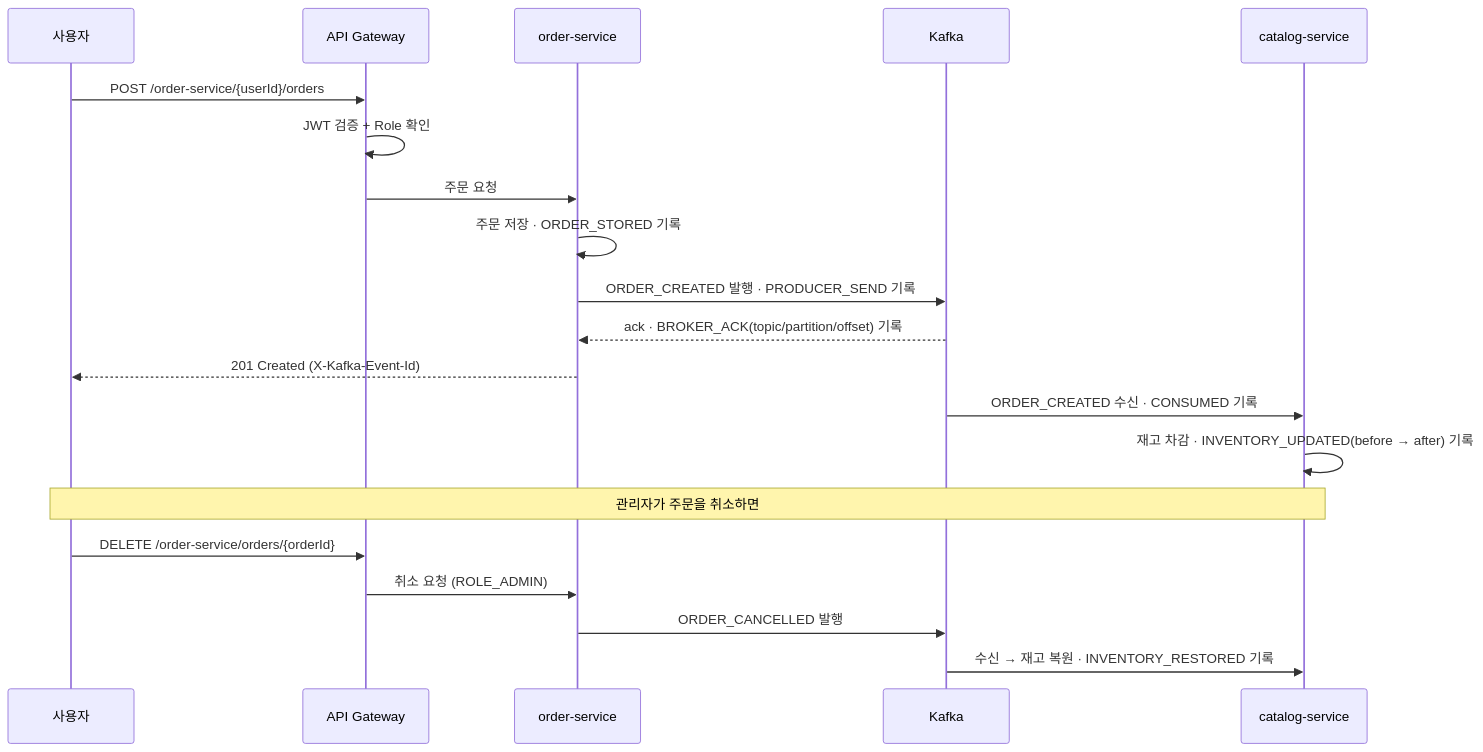
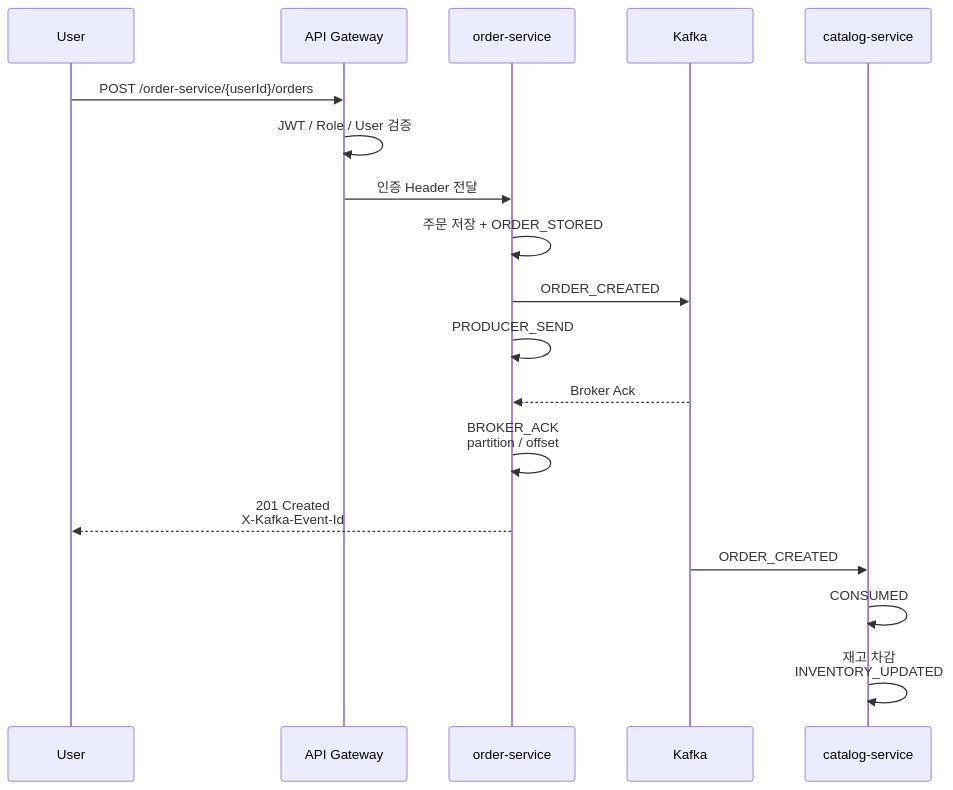
One commit to jooyoungyun/msa-market-platform changed the second of 2 diagrams in README.md. Above: the diagram before and after it, drawn with Mermaid. The commit also changed other lines of this file and 31 other files, not shown here.

````diff
--- a/README.md
+++ b/README.md
@@ -65,24 +113,25 @@
 ```mermaid
 sequenceDiagram
-    participant U as 사용자
+    participant U as User
     participant GW as API Gateway
     participant OS as order-service
     participant K as Kafka
     participant CS as catalog-service
 
     U->>GW: POST /order-service/{userId}/orders
-    GW->>GW: JWT 검증 + Role 확인
-    GW->>OS: 주문 요청
-    OS->>OS: 주문 저장 · ORDER_STORED 기록
-    OS->>K: ORDER_CREATED 발행 · PRODUCER_SEND 기록
-    K-->>OS: ack · BROKER_ACK(topic/partition/offset) 기록
-    OS-->>U: 201 Created (X-Kafka-Event-Id)
-    K->>CS: ORDER_CREATED 수신 · CONSUMED 기록
-    CS->>CS: 재고 차감 · INVENTORY_UPDATED(before → after) 기록
+    GW->>GW: JWT / Role / User 검증
+    GW->>OS: 인증 Header 전달
 
-    Note over U,CS: 관리자가 주문을 취소하면
-    U->>GW: DELETE /order-service/orders/{orderId}
-    GW->>OS: 취소 요청 (ROLE_ADMIN)
-    OS->>K: ORDER_CANCELLED 발행
-    K->>CS: 수신 → 재고 복원 · INVENTORY_RESTORED 기록
+    OS->>OS: 주문 저장 + ORDER_STORED
+    OS->>K: ORDER_CREATED
+    OS->>OS: PRODUCER_SEND
+
+    K-->>OS: Broker Ack
+    OS->>OS: BROKER_ACK<br/>partition / offset
+
+    OS-->>U: 201 Created<br/>X-Kafka-Event-Id
+
+    K->>CS: ORDER_CREATED
+    CS->>CS: CONSUMED
+    CS->>CS: 재고 차감<br/>INVENTORY_UPDATED
 ```
````
